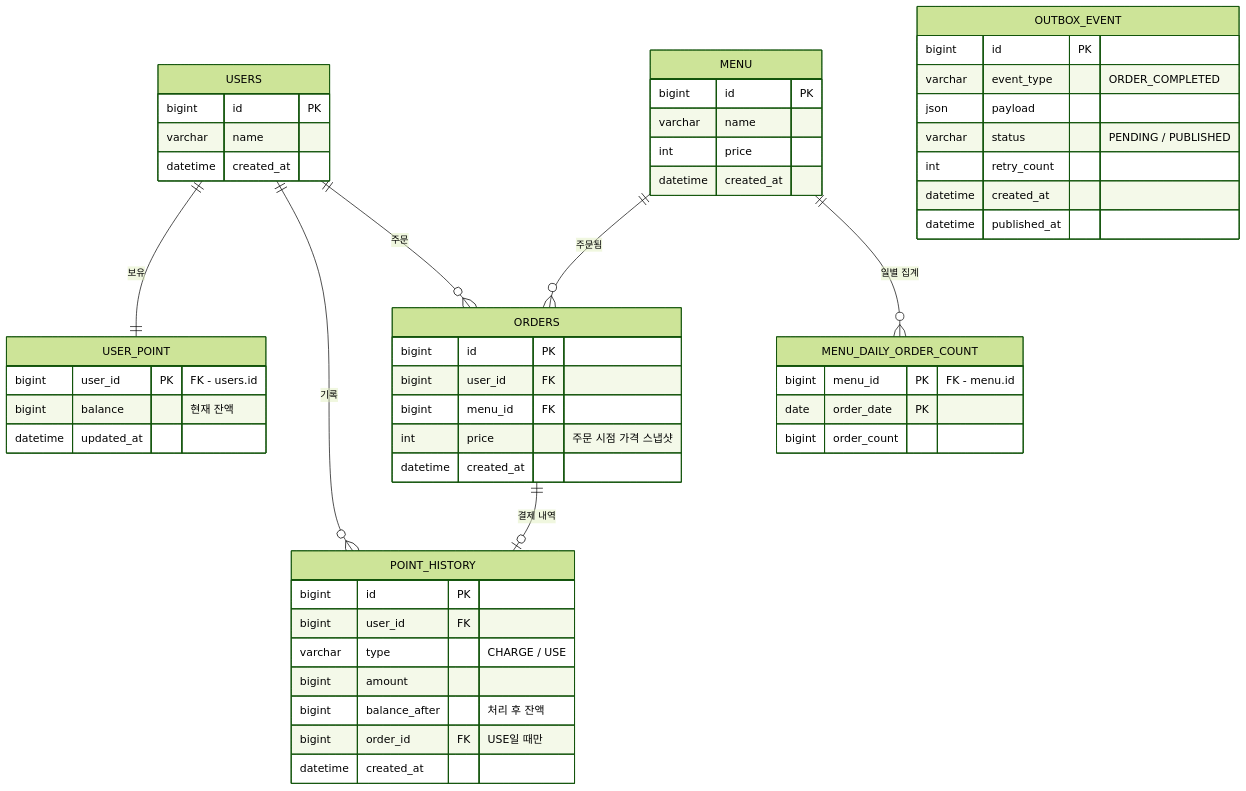
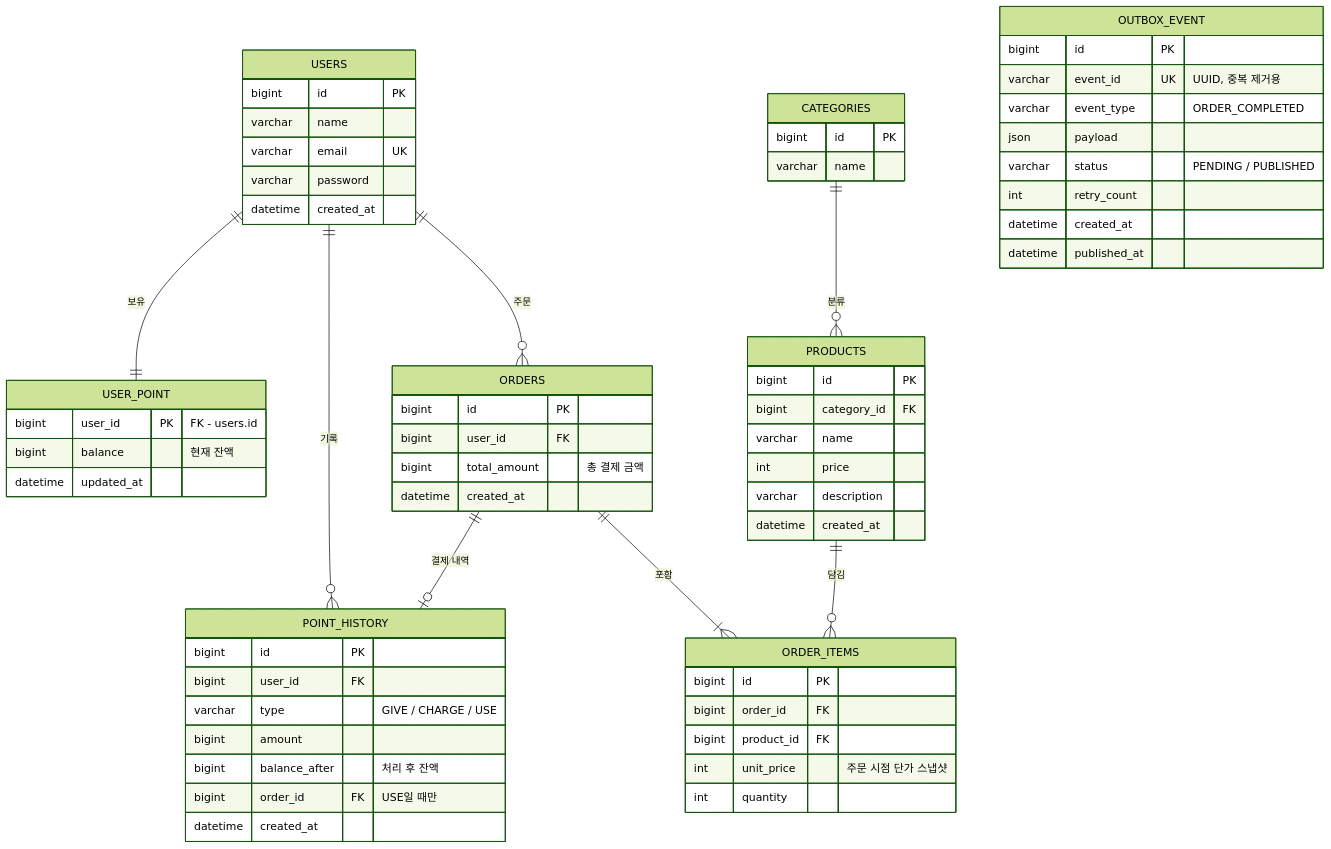
The diagram in README.md (wjdals0508/coffee), drawn with Mermaid (forest theme) before and after one commit. The commit also changed other lines of this file, not shown here.

````diff
--- a/README.md
+++ b/README.md
@@ -26,56 +41,67 @@
 ```mermaid
 erDiagram
     USERS ||--|| USER_POINT : "보유"
     USERS ||--o{ POINT_HISTORY : "기록"
     USERS ||--o{ ORDERS : "주문"
-    MENU ||--o{ ORDERS : "주문됨"
-    MENU ||--o{ MENU_DAILY_ORDER_COUNT : "일별 집계"
+    CATEGORIES ||--o{ PRODUCTS : "분류"
+    ORDERS ||--|{ ORDER_ITEMS : "포함"
+    PRODUCTS ||--o{ ORDER_ITEMS : "담김"
     ORDERS ||--o| POINT_HISTORY : "결제 내역"
  
     USERS {
         bigint id PK
         varchar name
+        varchar email UK
+        varchar password
         datetime created_at
     }
     USER_POINT {
         bigint user_id PK "FK - users.id"
         bigint balance "현재 잔액"
         datetime updated_at
     }
     POINT_HISTORY {
         bigint id PK
         bigint user_id FK
-        varchar type "CHARGE / USE"
+        varchar type "GIVE / CHARGE / USE"
         bigint amount
         bigint balance_after "처리 후 잔액"
         bigint order_id FK "USE일 때만"
         datetime created_at
     }
-    MENU {
+    CATEGORIES {
         bigint id PK
         varchar name
+    }
+    PRODUCTS {
+        bigint id PK
+        bigint category_id FK
+        varchar name
         int price
+        varchar description
         datetime created_at
     }
     ORDERS {
         bigint id PK
         bigint user_id FK
-        bigint menu_id FK
-        int price "주문 시점 가격 스냅샷"
+        bigint total_amount "총 결제 금액"
         datetime created_at
     }
-    MENU_DAILY_ORDER_COUNT {
-        bigint menu_id PK "FK - menu.id"
-        date order_date PK
-        bigint order_count
+    ORDER_ITEMS {
+        bigint id PK
+        bigint order_id FK
+        bigint product_id FK
+        int unit_price "주문 시점 단가 스냅샷"
+        int quantity
     }
     OUTBOX_EVENT {
         bigint id PK
+        varchar event_id UK "UUID, 중복 제거용"
         varchar event_type "ORDER_COMPLETED"
         json payload
         varchar status "PENDING / PUBLISHED"
         int retry_count
         datetime created_at
         datetime published_at
     }
 ```
````
